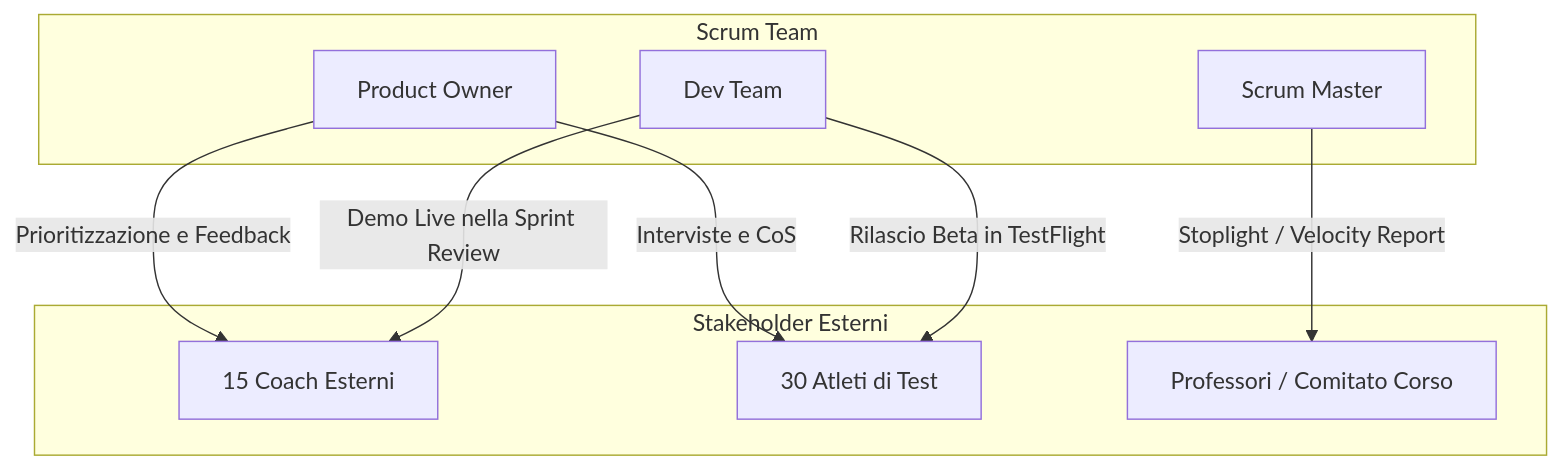
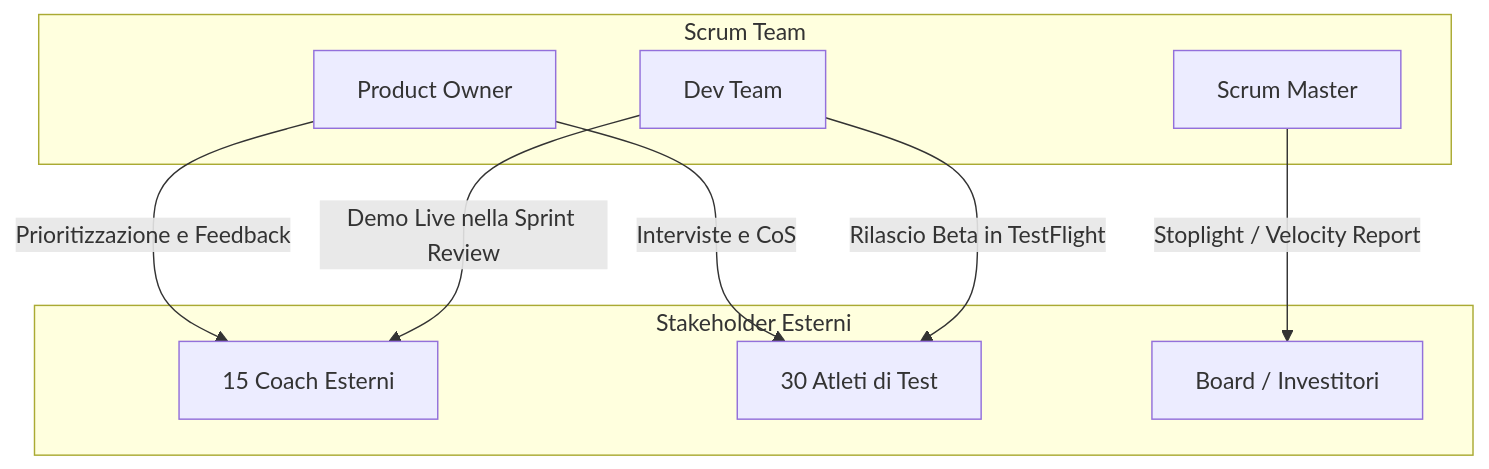
Before and after one commit to AndreaZavatta/Hyrox-Training-PM: the diagram in Planning/7-communication_and_stakeholder_plan.md, drawn with Mermaid. The commit also changed other lines of this file and 2 other files, not shown here.

Commit message:
refactor: rename Steering Committee to Board/Investitori and update project documentation and knowledge transfer procedures

````diff
--- a/Planning/7-communication_and_stakeholder_plan.md
+++ b/Planning/7-communication_and_stakeholder_plan.md
@@ -38,19 +38,19 @@
 ```mermaid
 graph TD
     subgraph Scrum Team
         PO[Product Owner]
         SM[Scrum Master]
         DEV[Dev Team]
     end
     subgraph Stakeholder Esterni
         COACH[15 Coach Esterni]
         ATLETI[30 Atleti di Test]
-        PROF[Professori / Comitato Corso]
+        BOARD[Board / Investitori]
     end
     
     PO -->|Prioritizzazione e Feedback| COACH
     PO -->|Interviste e CoS| ATLETI
     DEV -->|Demo Live nella Sprint Review| COACH
     DEV -->|Rilascio Beta in TestFlight| ATLETI
-    SM -->|Stoplight / Velocity Report| PROF
+    SM -->|Stoplight / Velocity Report| BOARD
 ```
````
